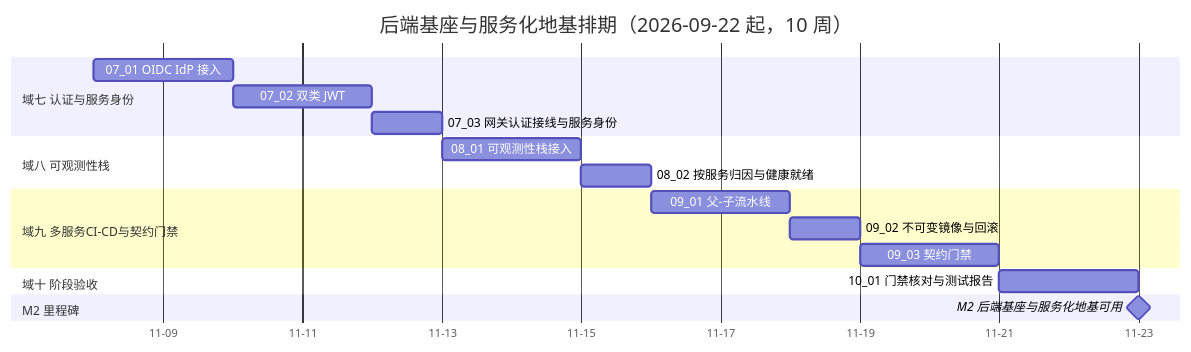
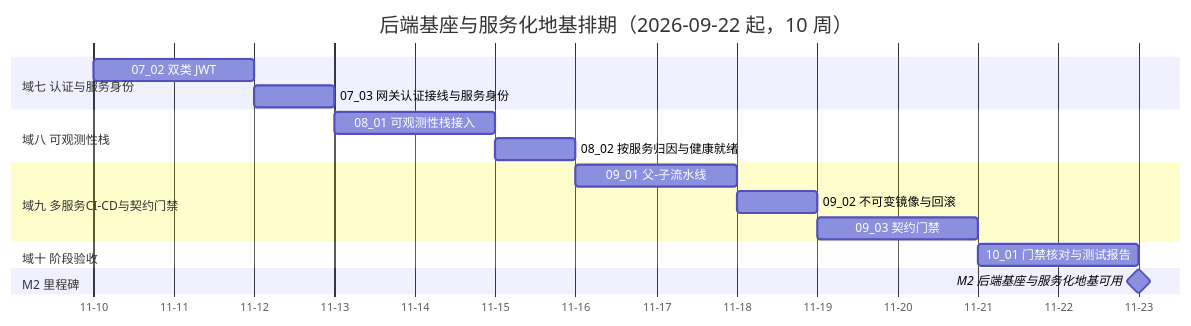
One commit to minjian123/basic-management-system changed the diagram in bms文档/项目/02_后端基座与服务化地基/计划/01_计划_后端基座与服务化地基.md. Above: the diagram before and after it, drawn with Mermaid. The commit also changed other lines of this file and 12 other files, not shown here.

````diff
--- a/bms文档/项目/02_后端基座与服务化地基/计划/01_计划_后端基座与服务化地基.md
+++ b/bms文档/项目/02_后端基座与服务化地基/计划/01_计划_后端基座与服务化地基.md
@@ -58,21 +58,20 @@
 ```mermaid
 gantt
     title 后端基座与服务化地基排期（2026-09-22 起，10 周）
     dateFormat  YYYY-MM-DD
     axisFormat %m-%d
     section 域七 认证与服务身份
-    07_01 OIDC IdP 接入 :a0701, 2026-11-08, 2d
-    07_02 双类 JWT :a0702, after a0701, 2d
+    07_02 双类 JWT :a0702, 2026-11-10, 2d
     07_03 网关认证接线与服务身份 :a0703, after a0702, 1d
     section 域八 可观测性栈
     08_01 可观测性栈接入 :a0801, after a0703, 2d
     08_02 按服务归因与健康就绪 :a0802, after a0801, 1d
     section 域九 多服务CI-CD与契约门禁
     09_01 父-子流水线 :a0901, after a0802, 2d
     09_02 不可变镜像与回滚 :a0902, after a0901, 1d
     09_03 契约门禁 :a0903, after a0902, 2d
     section 域十 阶段验收
     10_01 门禁核对与测试报告 :a1001, after a0903, 2d
     section M2 里程碑
     M2 后端基座与服务化地基可用 :milestone, mm2, after a1001, 0d
 ```
````
